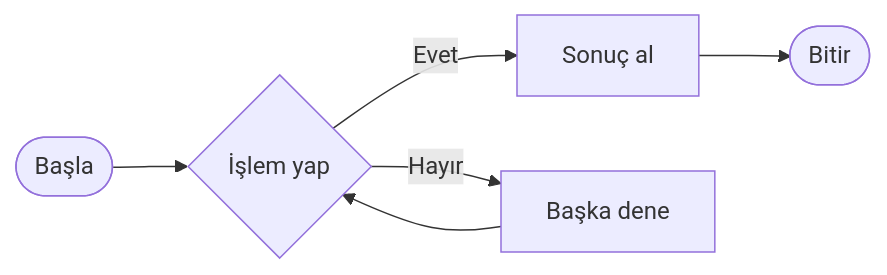
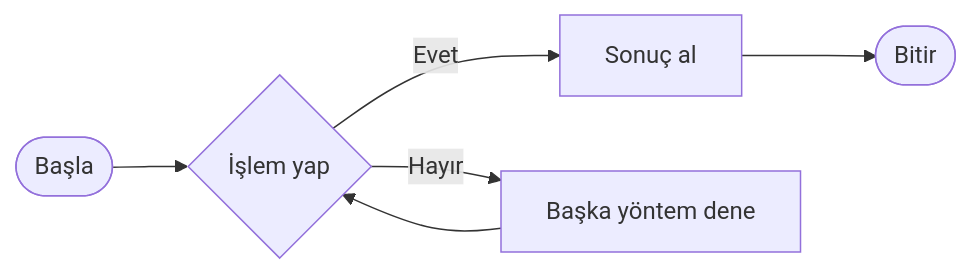
Before and after one commit to abdullatifkaban/Algorithm: the first of 6 diagrams in Topics/01-What-Is-Algorithm.md, drawn with Mermaid. The commit also changed other lines of this file, not shown here.

````diff
--- a/Topics/01-What-Is-Algorithm.md
+++ b/Topics/01-What-Is-Algorithm.md
@@ -10,8 +10,8 @@
 ```mermaid
 flowchart LR
     A([Başla]) --> B{İşlem yap}
     B -->|Evet| C[Sonuç al]
-    B -->|Hayır| D[Başka dene]
+    B -->|Hayır| D[Başka yöntem dene]
     C --> E([Bitir])
     D --> B
 ```
````
